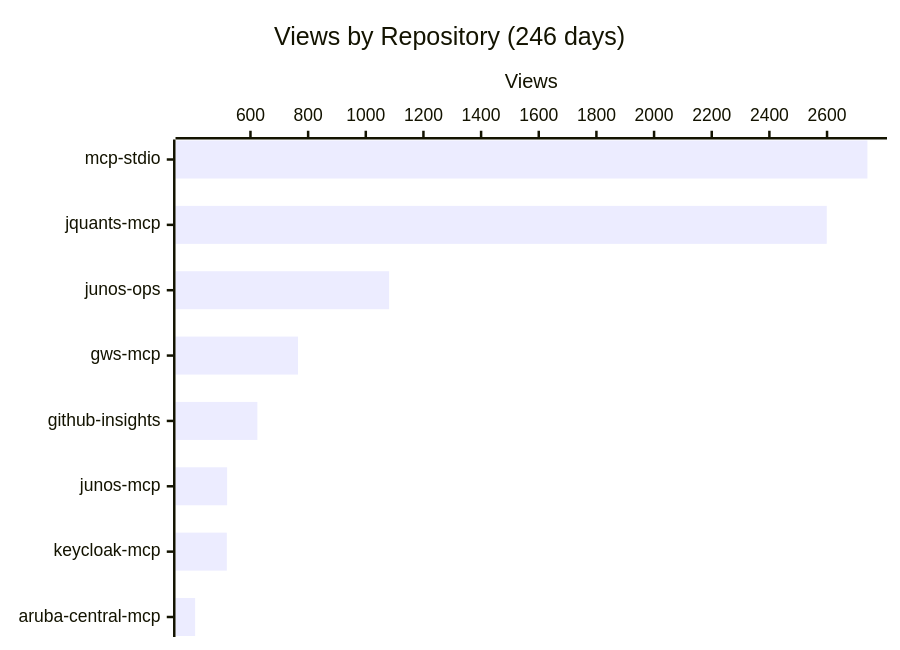
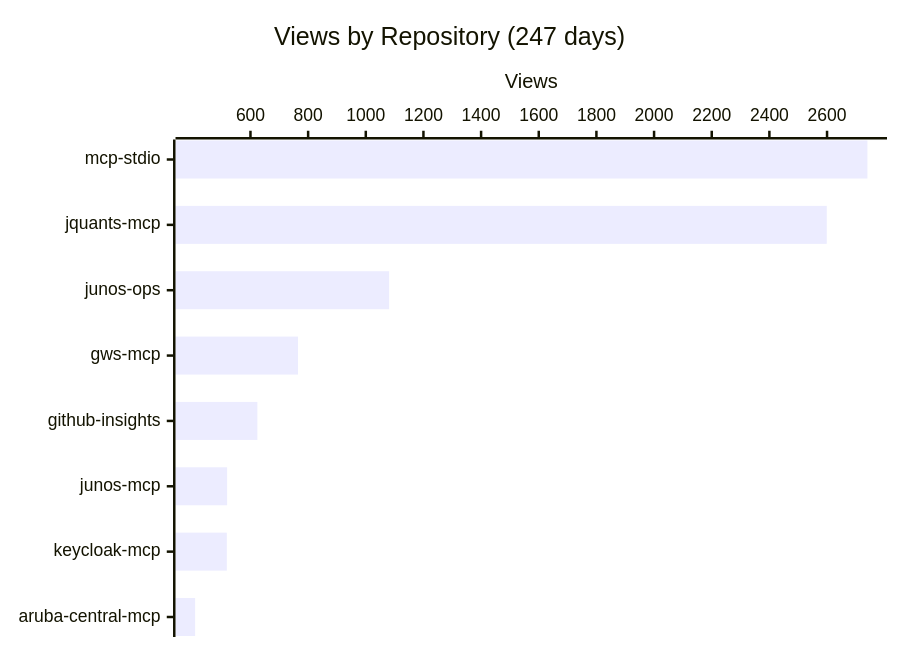
Before and after one commit to shigechika/github-insights: the first of 4 diagrams in README.md, drawn with Mermaid. The commit also changed other lines of this file and 1 other file, not shown here.

````diff
--- a/README.md
+++ b/README.md
@@ -18,7 +18,7 @@
 ```mermaid
 xychart-beta horizontal
-    title "Views by Repository (246 days)"
+    title "Views by Repository (247 days)"
     x-axis ["mcp-stdio", "jquants-mcp", "junos-ops", "gws-mcp", "github-insights", "junos-mcp", "keycloak-mcp", "aruba-central-mcp"]
     y-axis "Views"
     bar [2740, 2599, 1081, 765, 624, 519, 518, 408]
 ```
````
